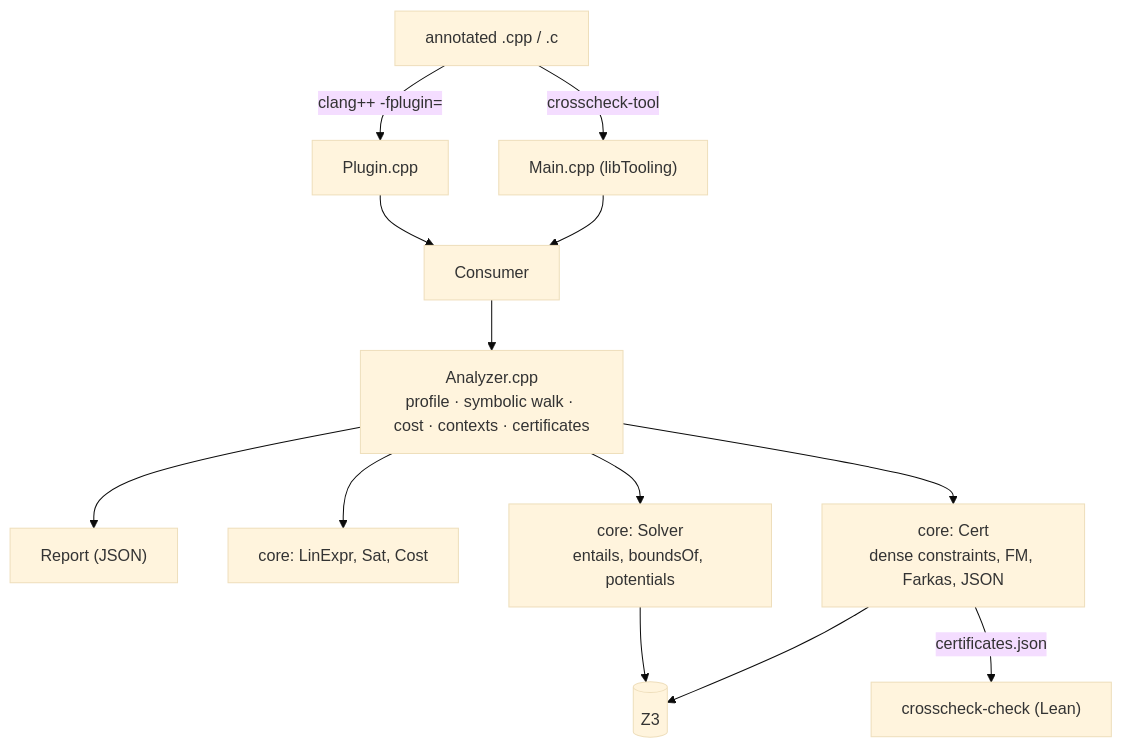
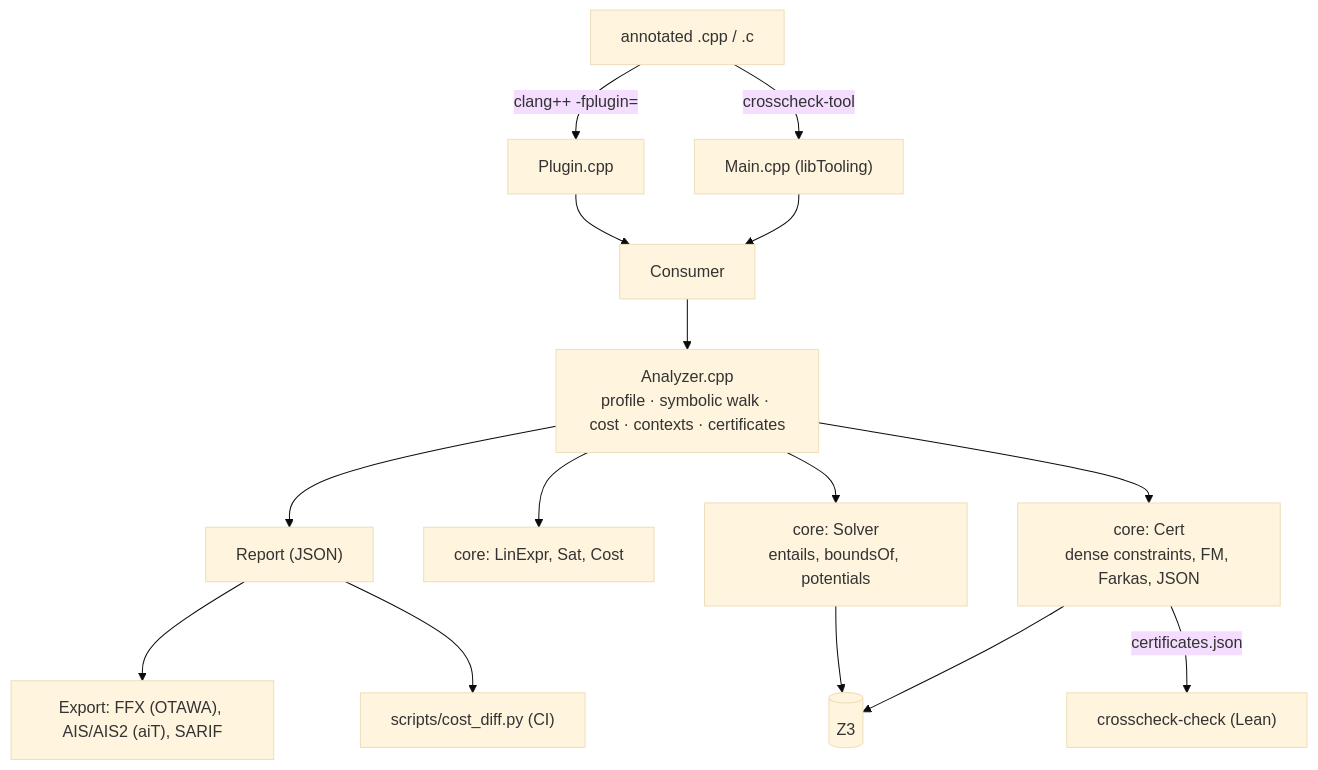
Before and after one commit to ldallolio/crosscheck: the first of 6 diagrams in docs/guide/04-plugin.md, drawn with Mermaid (base theme). The commit also changed other lines of this file and 27 other files, not shown here.

````diff
--- a/docs/guide/04-plugin.md
+++ b/docs/guide/04-plugin.md
@@ -31,15 +31,17 @@
 ```mermaid
 flowchart TB
   SRC["annotated .cpp / .c"] -->|"clang++ -fplugin="| PLUG["Plugin.cpp"]
   SRC -->|"crosscheck-tool"| TOOL["Main.cpp (libTooling)"]
   PLUG --> CONS["Consumer"]
   TOOL --> CONS
   CONS --> AN["Analyzer.cpp<br/>profile · symbolic walk · cost · contexts · certificates"]
   AN --> REP["Report (JSON)"]
+  REP --> EXP["Export: FFX (OTAWA), AIS/AIS2 (aiT), SARIF"]
+  REP --> DIFF["scripts/cost_diff.py (CI)"]
   AN --> CORE["core: LinExpr, Sat, Cost"]
   AN --> SOL["core: Solver<br/>entails, boundsOf, potentials"]
   AN --> CERT["core: Cert<br/>dense constraints, FM, Farkas, JSON"]
   SOL --> Z3[("Z3")]
   CERT --> Z3
   CERT -->|"certificates.json"| CHK["crosscheck-check (Lean)"]
 ```
````
